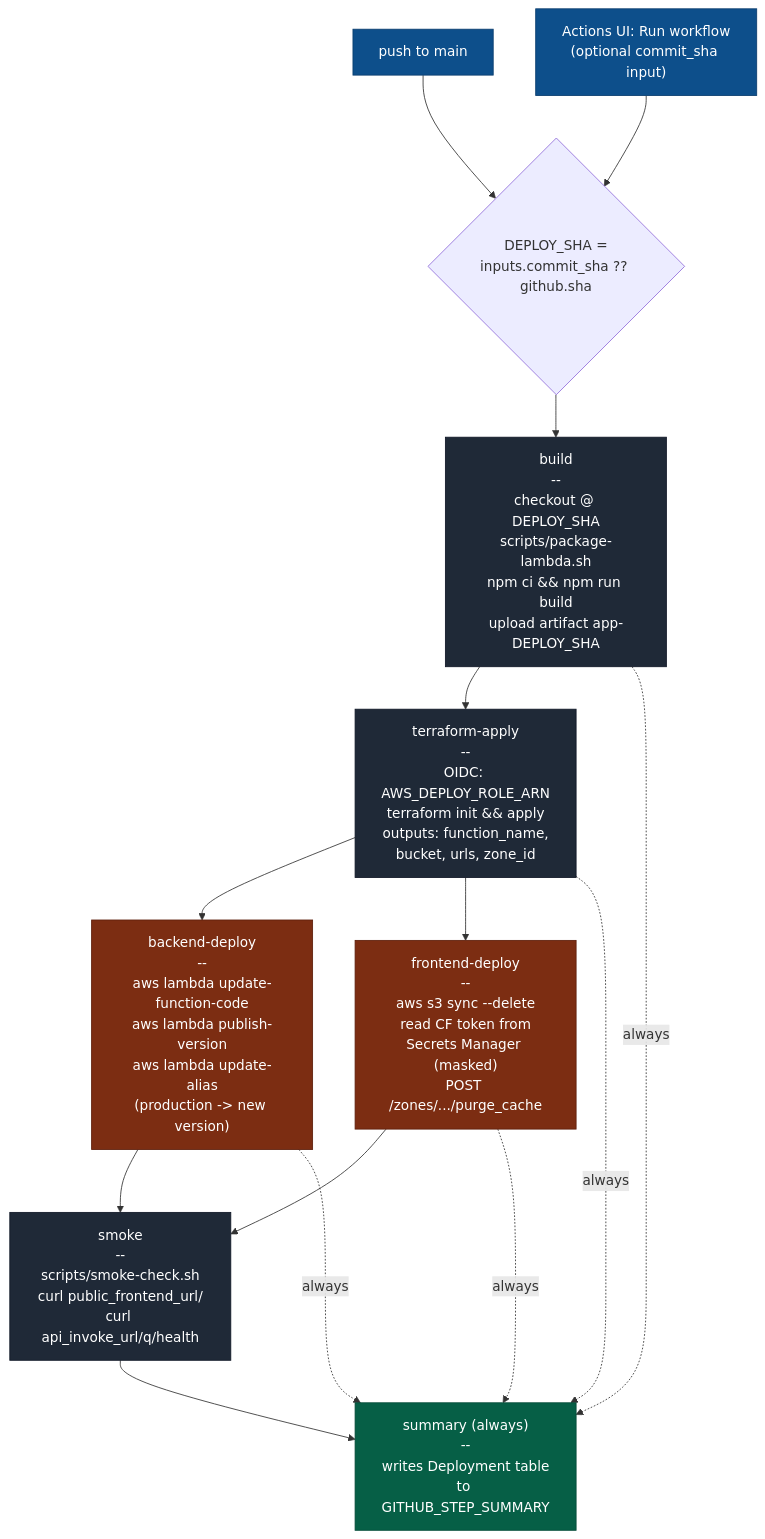
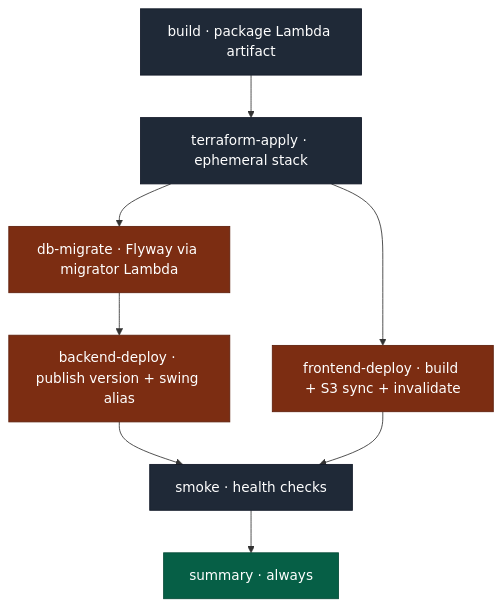
Before and after one commit to koonliang/stocktracker: the second of 2 diagrams in infra/README.md, drawn with Mermaid. The commit also changed other lines of this file and 44 other files, not shown here.

````diff
--- a/infra/README.md
+++ b/infra/README.md
@@ -106,30 +214,19 @@
 ```mermaid
 flowchart TD
-    classDef trigger fill:#0d4f8b,stroke:#0a3d6e,color:#fff
     classDef job fill:#1f2937,stroke:#111827,color:#fff
     classDef aws fill:#7c2d12,stroke:#5e1f0c,color:#fff
     classDef terminal fill:#065f46,stroke:#044a37,color:#fff
 
-    T1[push to main]:::trigger
-    T2["Actions UI: Run workflow<br/>(optional commit_sha input)"]:::trigger
+    BUILD["build · package Lambda artifact"]:::job
+    APPLY["terraform-apply · ephemeral stack"]:::job
+    MIG["db-migrate · Flyway via migrator Lambda"]:::aws
+    BE["backend-deploy · publish version + swing alias"]:::aws
+    FE["frontend-deploy · build + S3 sync + invalidate"]:::aws
+    SMOKE["smoke · health checks"]:::job
+    SUM["summary · always"]:::terminal
 
-    T1 --> RES{"DEPLOY_SHA =<br/>inputs.commit_sha ?? github.sha"}
-    T2 --> RES
-
-    RES --> BUILD["build<br/>--<br/>checkout @ DEPLOY_SHA<br/>scripts/package-lambda.sh<br/>npm ci && npm run build<br/>upload artifact app-DEPLOY_SHA"]:::job
-
-    BUILD --> APPLY["terraform-apply<br/>--<br/>OIDC: AWS_DEPLOY_ROLE_ARN<br/>terraform init && apply<br/>outputs: function_name,<br/>bucket, urls, zone_id"]:::job
-
-    APPLY --> BE["backend-deploy<br/>--<br/>aws lambda update-function-code<br/>aws lambda publish-version<br/>aws lambda update-alias<br/>(production -> new version)"]:::aws
-    APPLY --> FE["frontend-deploy<br/>--<br/>aws s3 sync --delete<br/>read CF token from<br/>Secrets Manager (masked)<br/>POST /zones/.../purge_cache"]:::aws
-
-    BE --> SMOKE["smoke<br/>--<br/>scripts/smoke-check.sh<br/>curl public_frontend_url/<br/>curl api_invoke_url/q/health"]:::job
-    FE --> SMOKE
-
-    SMOKE --> SUM["summary (always)<br/>--<br/>writes Deployment table<br/>to GITHUB_STEP_SUMMARY"]:::terminal
-
-    BUILD -.always.-> SUM
-    APPLY -.always.-> SUM
-    BE   -.always.-> SUM
-    FE   -.always.-> SUM
+    BUILD --> APPLY
+    APPLY --> MIG --> BE --> SMOKE
+    APPLY --> FE --> SMOKE
+    SMOKE --> SUM
 ```
````
